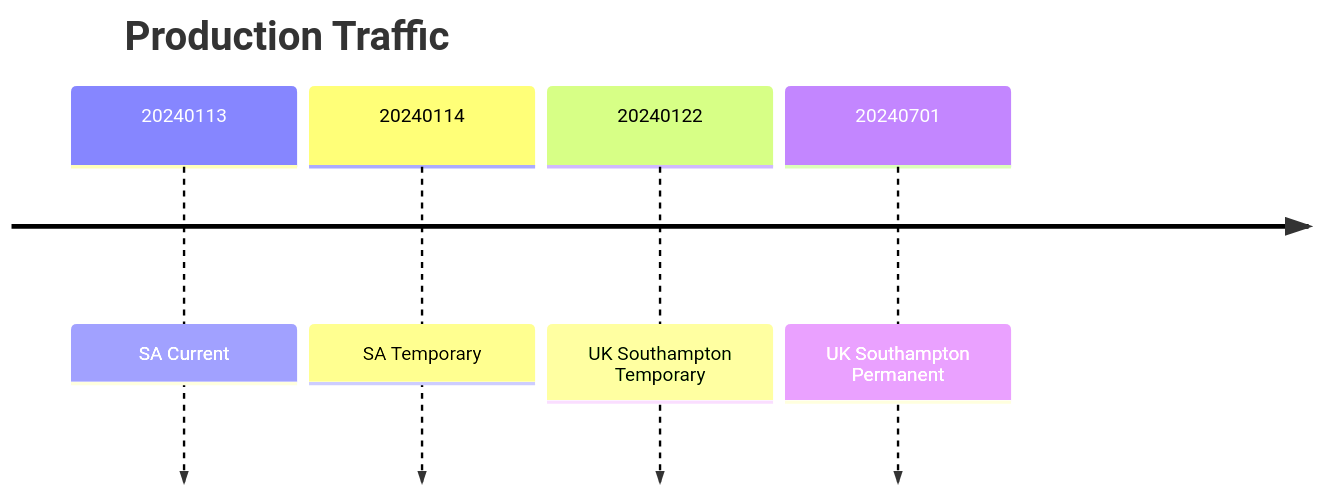
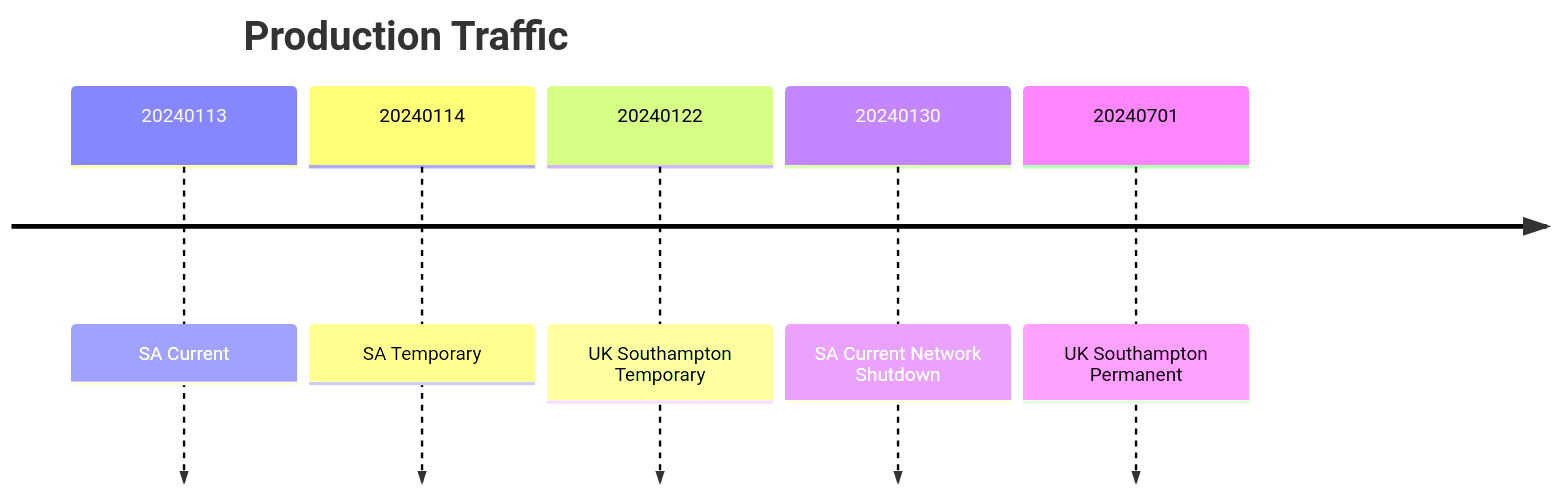
Before and after one commit to MoTTTT/podzone: the diagram in docs/inventorySite.md, drawn with Mermaid. The commit also changed other lines of this file and 12 other files, not shown here.

````diff
--- a/docs/inventorySite.md
+++ b/docs/inventorySite.md
@@ -27,8 +27,9 @@
 ```mermaid
 timeline
     title Production Traffic
     20240113 : SA Current
     20240114 : SA Temporary
     20240122 : UK Southampton Temporary
+    20240130 : SA Current Network Shutdown
     20240701 : UK Southampton Permanent
 ```
````
